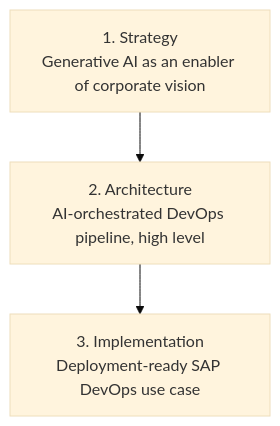
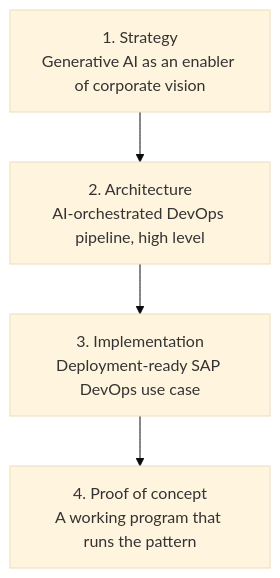
Before and after one commit to aksikha/AI-Strategy-to-Execution: the diagram in README.md, drawn with Mermaid (base theme). The commit also changed other lines of this file, not shown here.

First line of the commit message:
Enhance README with proof of concept and clarifications

````diff
--- a/README.md
+++ b/README.md
@@ -5,7 +5,8 @@
 ```mermaid
 flowchart TB
     S["1. Strategy<br/>Generative AI as an enabler of corporate vision"]
     A["2. Architecture<br/>AI-orchestrated DevOps pipeline, high level"]
     I["3. Implementation<br/>Deployment-ready SAP DevOps use case"]
-    S --> A --> I
+    P["4. Proof of concept<br/>A working program that runs the pattern"]
+    S --> A --> I --> P
 ```
````
